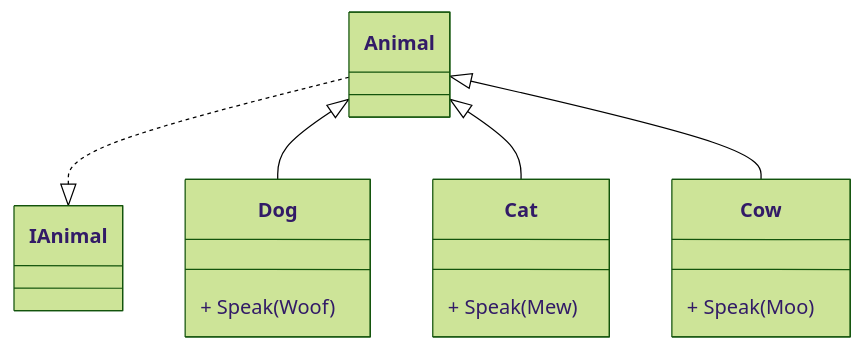
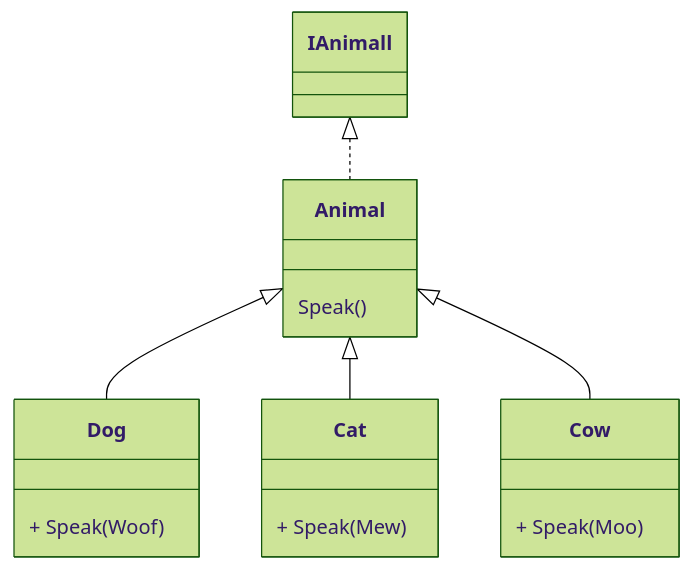
The diagram in README.md (TGabinW/CW6), drawn with Mermaid (forest theme) before and after one commit.

````diff
--- a/README.md
+++ b/README.md
@@ -3,16 +3,18 @@
 ```mermaid
 classDiagram
-    Animal..|>IAnimal
+    IAnimall<|..Animal
+    Animal: Speak()
+   
     Animal <|-- Dog
     Animal <|-- Cat
     Animal <|-- Cow
     class Dog{
         +  Speak(Woof)
     }
     class Cat{
         + Speak(Mew)
     }
     class Cow{
         + Speak(Moo)
     }
 ```
````
